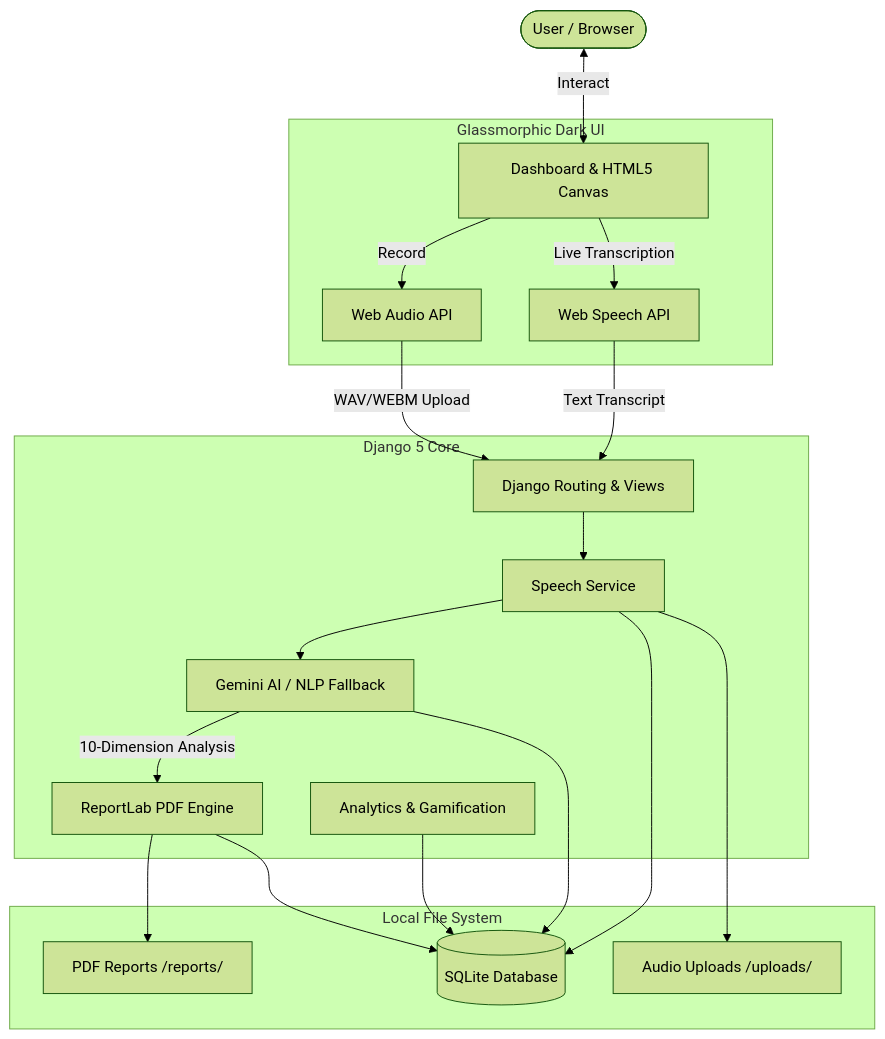
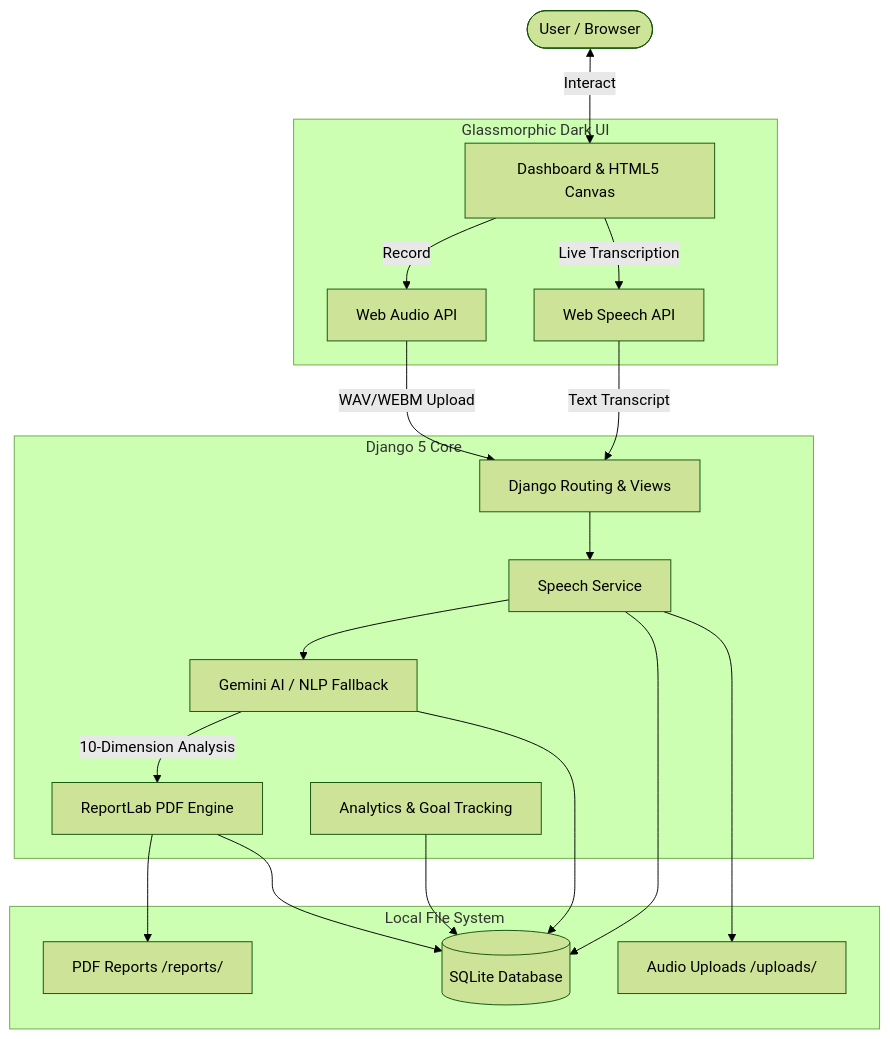
One commit to Faheemkanniyan/AI_Public_Speaking_Coach changed the first of 2 diagrams in README.md. Above: the diagram before and after it, drawn with Mermaid (forest theme). The commit also changed other lines of this file, not shown here.

````diff
--- a/README.md
+++ b/README.md
@@ -27,43 +27,43 @@
 ```mermaid
 graph TD
     User([User / Browser])
     
     subgraph Frontend [Glassmorphic Dark UI]
         UI[Dashboard & HTML5 Canvas]
         WebAudio[Web Audio API]
         WebSpeech[Web Speech API]
     end
     
     subgraph Backend [Django 5 Core]
         Django[Django Routing & Views]
         SpeechSvc[Speech Service]
         AISvc[Gemini AI / NLP Fallback]
         ReportSvc[ReportLab PDF Engine]
-        Analytics[Analytics & Gamification]
+        Analytics[Analytics & Goal Tracking]
     end
     
     subgraph Storage [Local File System]
         DB[(SQLite Database)]
         Uploads[Audio Uploads /uploads/]
         PDFs[PDF Reports /reports/]
     end
 
     User <--> |Interact| UI
     UI --> |Record| WebAudio
     UI --> |Live Transcription| WebSpeech
     
     WebAudio --> |WAV/WEBM Upload| Django
     WebSpeech --> |Text Transcript| Django
     
     Django --> SpeechSvc
     SpeechSvc --> AISvc
     AISvc --> |10-Dimension Analysis| ReportSvc
     
     SpeechSvc --> DB
     AISvc --> DB
     ReportSvc --> PDFs
     ReportSvc --> DB
     Analytics --> DB
     
     SpeechSvc --> Uploads
 ```
````
